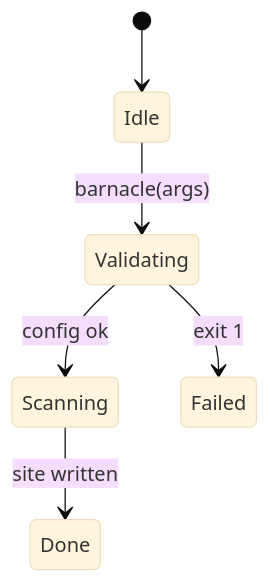
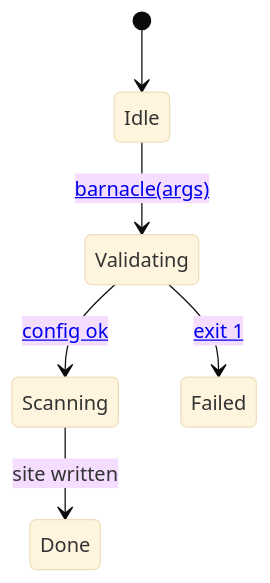
One commit to fordaj/barnacle changed the fourth of 4 diagrams in README.md. Above: the diagram before and after it, drawn with Mermaid (base theme). The commit also changed other lines of this file and 13 other files, not shown here.

````diff
--- a/README.md
+++ b/README.md
@@ -212,11 +212,8 @@
 ```mermaid
 stateDiagram-v2
     [*] --> Idle
-    Idle --> Validating : barnacle(args)
-    Validating --> Scanning : config ok
+    Idle --> Validating : <a href="#configuration">barnacle(args)</a>
+    Validating --> Scanning : <a href="#features">config ok</a>
     Scanning --> Done : site written
-    Validating --> Failed : exit 1
-    %% barnacle: link "barnacle(args)" href "#configuration"
-    %% barnacle: link "config ok" href "#features"
-    %% barnacle: link "exit 1" href "cmd/barnacle/main.go.md"
+    Validating --> Failed : <a href="cmd/barnacle/main.go.md">exit 1</a>
 ```
````
